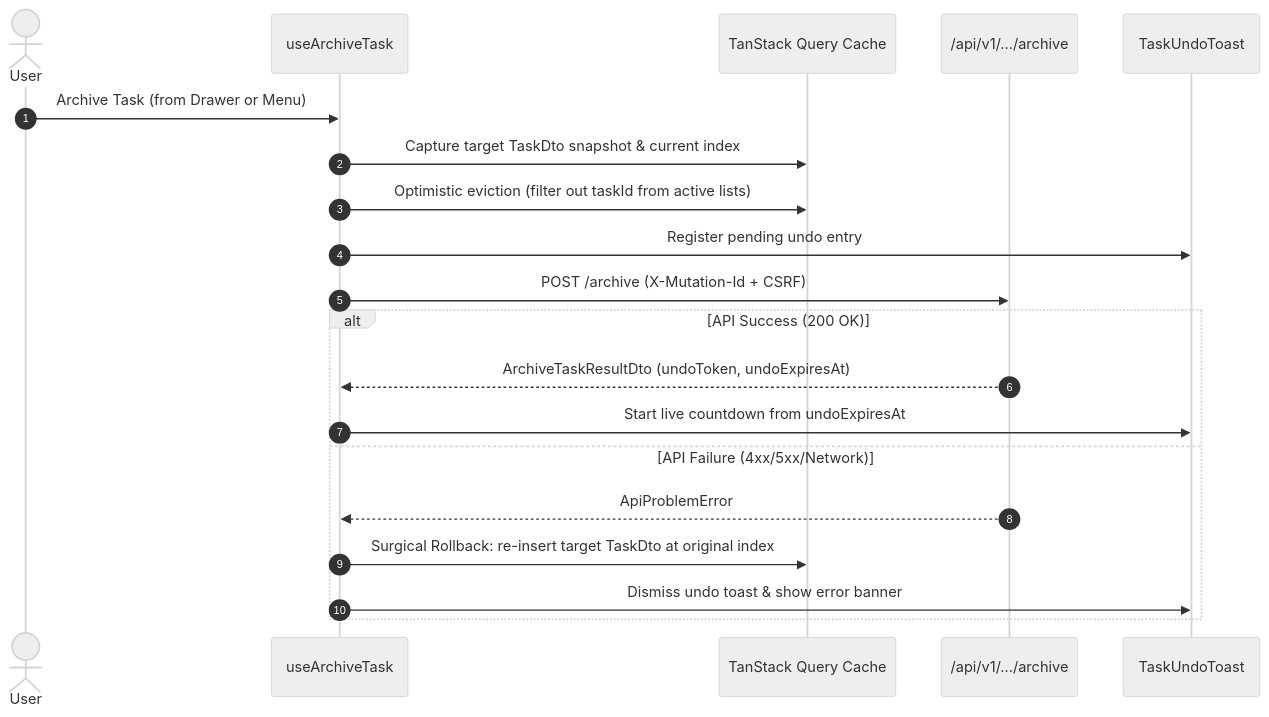
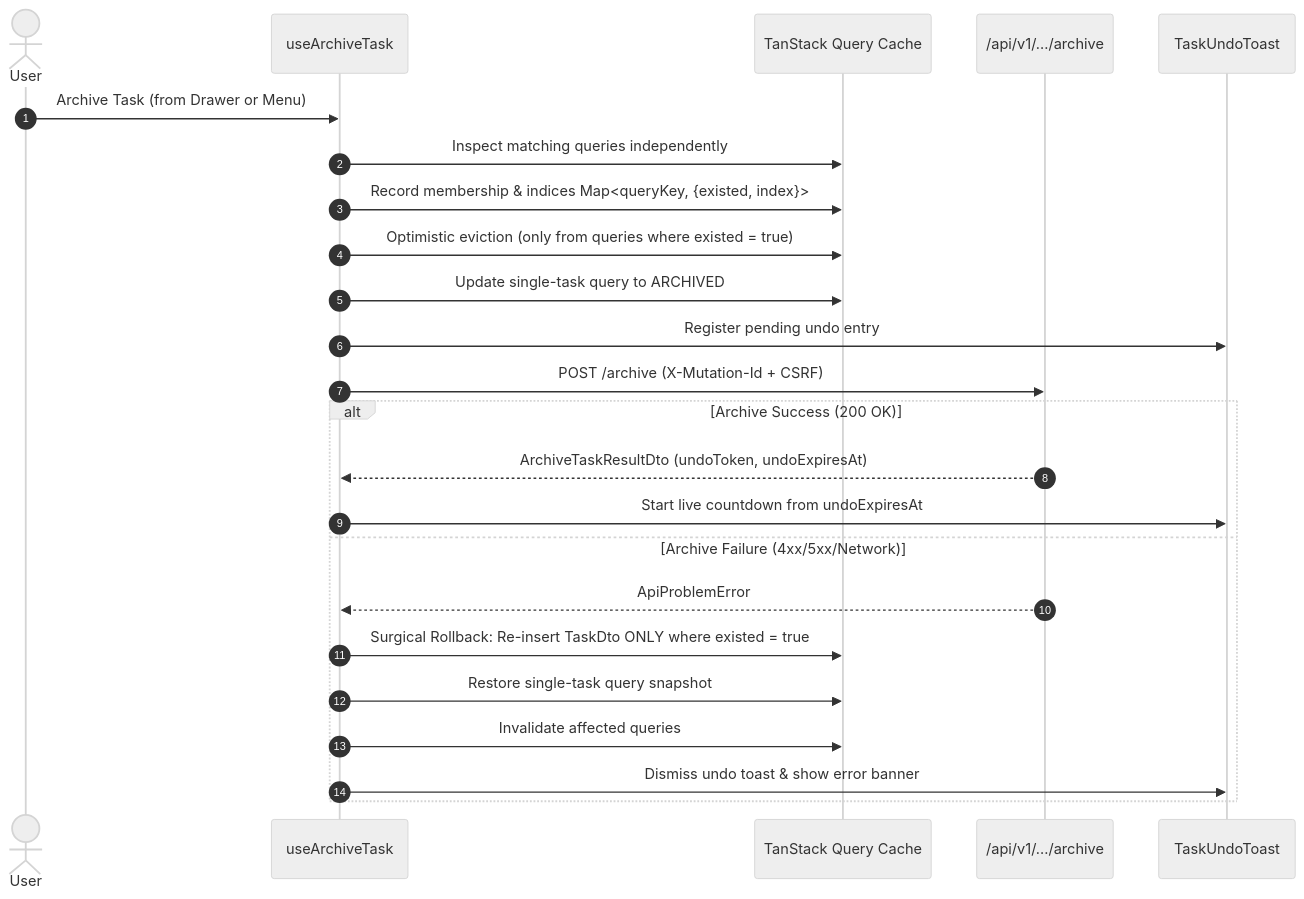
The diagram in docs/04-implementation/vs-09a-task-archive-and-undo-plan.md (Samudra-Bose/sonder), drawn with Mermaid (neutral theme) before and after one commit. The commit also changed other lines of this file, not shown here.

Commit message:
docs(plan): update VS-09A plan to v2.1.0 with fail-closed permissions and multi-view query tracking

````diff
--- a/docs/04-implementation/vs-09a-task-archive-and-undo-plan.md
+++ b/docs/04-implementation/vs-09a-task-archive-and-undo-plan.md
@@ -234,23 +270,27 @@
 ```mermaid
 sequenceDiagram
     autonumber
     actor User
     participant Hook as useArchiveTask
     participant QueryCache as TanStack Query Cache
     participant API as /api/v1/.../archive
     participant Toast as TaskUndoToast
 
     User->>Hook: Archive Task (from Drawer or Menu)
-    Hook->>QueryCache: Capture target TaskDto snapshot & current index
-    Hook->>QueryCache: Optimistic eviction (filter out taskId from active lists)
+    Hook->>QueryCache: Inspect matching queries independently
+    Hook->>QueryCache: Record membership & indices Map<queryKey, {existed, index}>
+    Hook->>QueryCache: Optimistic eviction (only from queries where existed = true)
+    Hook->>QueryCache: Update single-task query to ARCHIVED
     Hook->>Toast: Register pending undo entry
     Hook->>API: POST /archive (X-Mutation-Id + CSRF)
-    alt API Success (200 OK)
+    alt Archive Success (200 OK)
         API-->>Hook: ArchiveTaskResultDto (undoToken, undoExpiresAt)
         Hook->>Toast: Start live countdown from undoExpiresAt
-    else API Failure (4xx/5xx/Network)
+    else Archive Failure (4xx/5xx/Network)
         API-->>Hook: ApiProblemError
-        Hook->>QueryCache: Surgical Rollback: re-insert target TaskDto at original index
+        Hook->>QueryCache: Surgical Rollback: Re-insert TaskDto ONLY where existed = true
+        Hook->>QueryCache: Restore single-task query snapshot
+        Hook->>QueryCache: Invalidate affected queries
         Hook->>Toast: Dismiss undo toast & show error banner
     end
 ```
````
